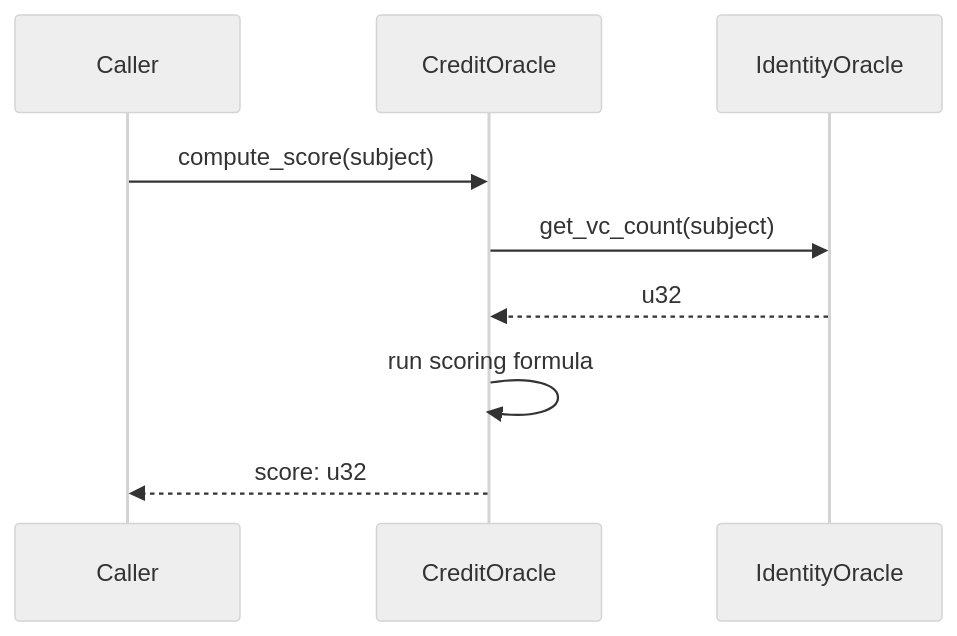
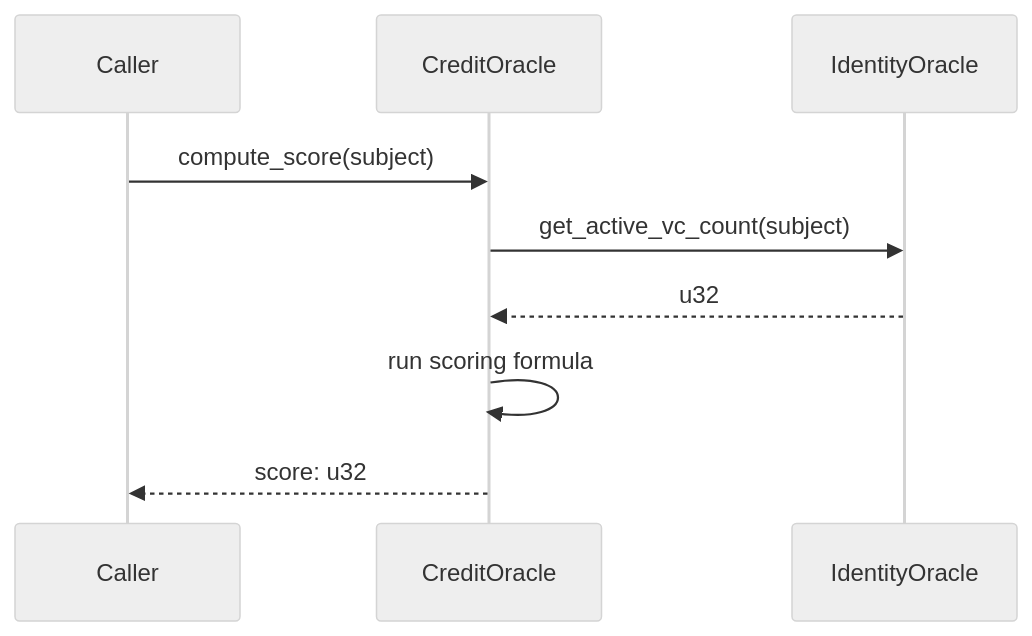
Before and after one commit to Neziahtech/stellar-did-credit: the second of 2 diagrams in docs/architecture.md, drawn with Mermaid (neutral theme). The commit also changed other lines of this file and 3 other files, not shown here.

Commit message:
Fix active VC count (exclude revoked) for identity-oracle

````diff
--- a/docs/architecture.md
+++ b/docs/architecture.md
@@ -137,12 +137,13 @@
 ```mermaid
 sequenceDiagram
     participant Caller
     participant CreditOracle
     participant IdentityOracle
 
     Caller->>CreditOracle: compute_score(subject)
-    CreditOracle->>IdentityOracle: get_vc_count(subject)
+    CreditOracle->>IdentityOracle: get_active_vc_count(subject)
     IdentityOracle-->>CreditOracle: u32
+
     CreditOracle->>CreditOracle: run scoring formula
     CreditOracle-->>Caller: score: u32
 ```
````
